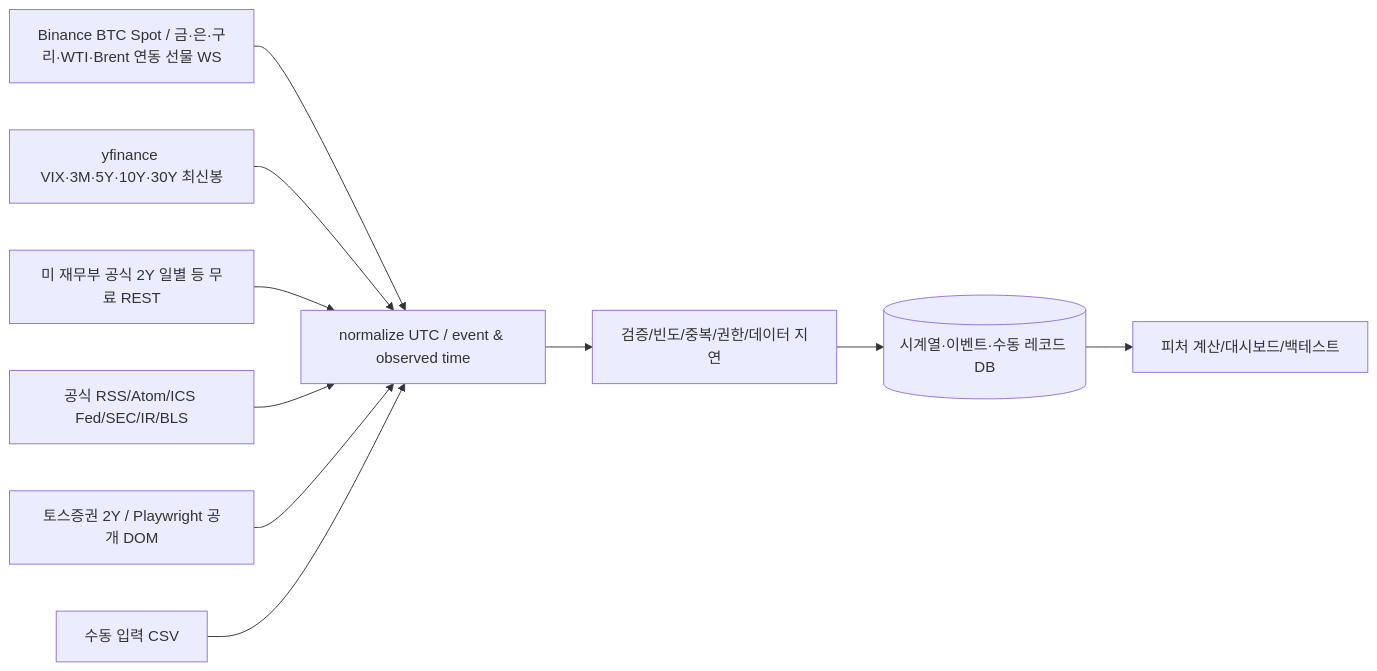
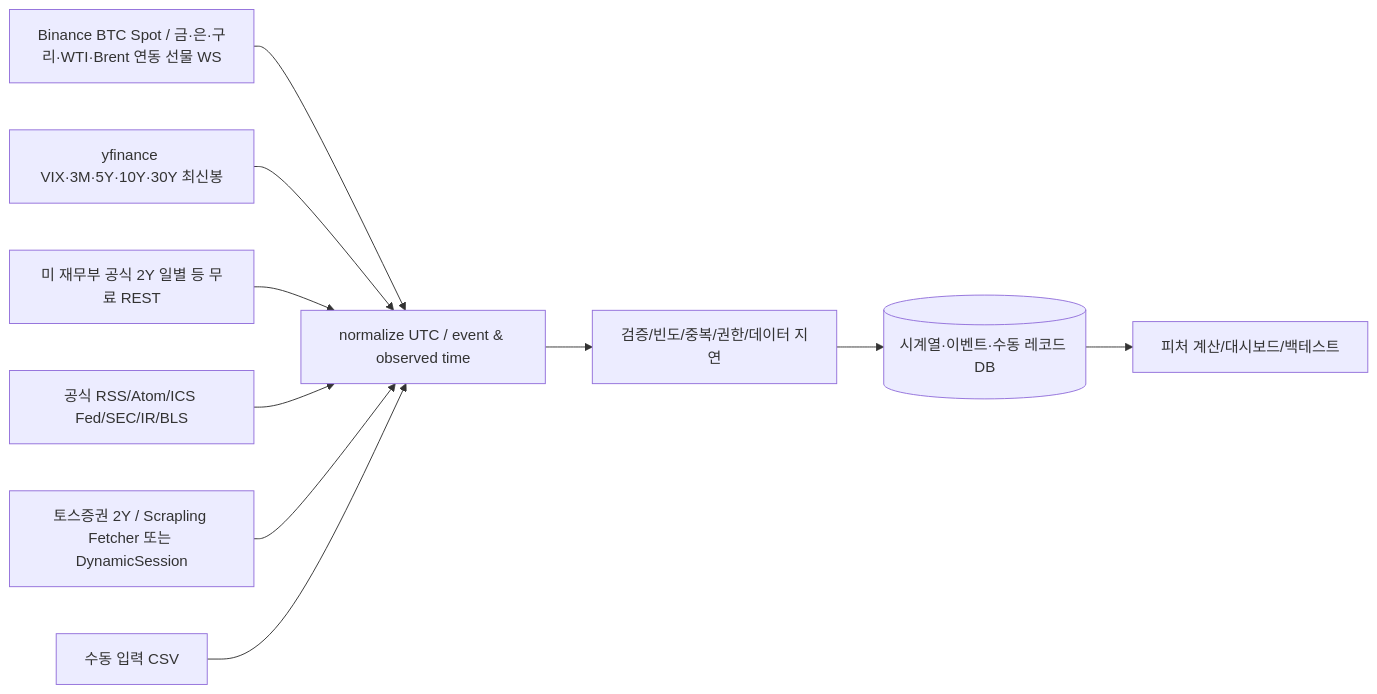
One commit to ELSAPHABA/Auto-Axe changed the diagram in docs/indicator-collection/Collector_Design.md. Above: the diagram before and after it, drawn with Mermaid. The commit also changed other lines of this file and 19 other files, not shown here.

````diff
--- a/docs/indicator-collection/Collector_Design.md
+++ b/docs/indicator-collection/Collector_Design.md
@@ -27,12 +27,12 @@
 ```mermaid
 flowchart LR
   A[Binance BTC Spot / 금·은·구리·WTI·Brent 연동 선물 WS] --> N
   X[yfinance VIX·3M·5Y·10Y·30Y 최신봉] --> N[normalize UTC / event & observed time]
   B[미 재무부 공식 2Y 일별 등 무료 REST] --> N
   C[공식 RSS/Atom/ICS Fed/SEC/IR/BLS] --> N
-  D[토스증권 2Y / Playwright 공개 DOM] --> N
+  D[토스증권 2Y / Scrapling Fetcher 또는 DynamicSession] --> N
   E[수동 입력 CSV] --> N
   N --> Q[검증/빈도/중복/권한/데이터 지연]
   Q --> DB[(시계열·이벤트·수동 레코드 DB)]
   DB --> P[피처 계산/대시보드/백테스트]
 ```
````
